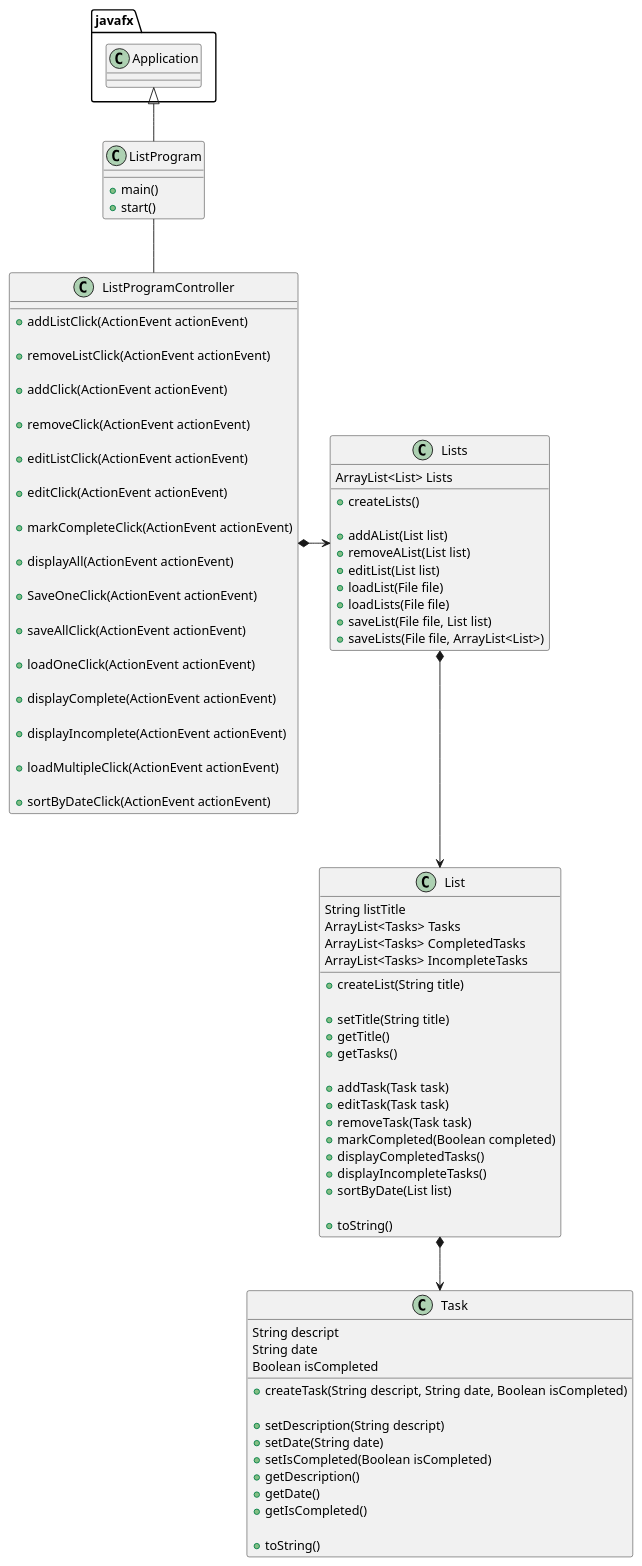
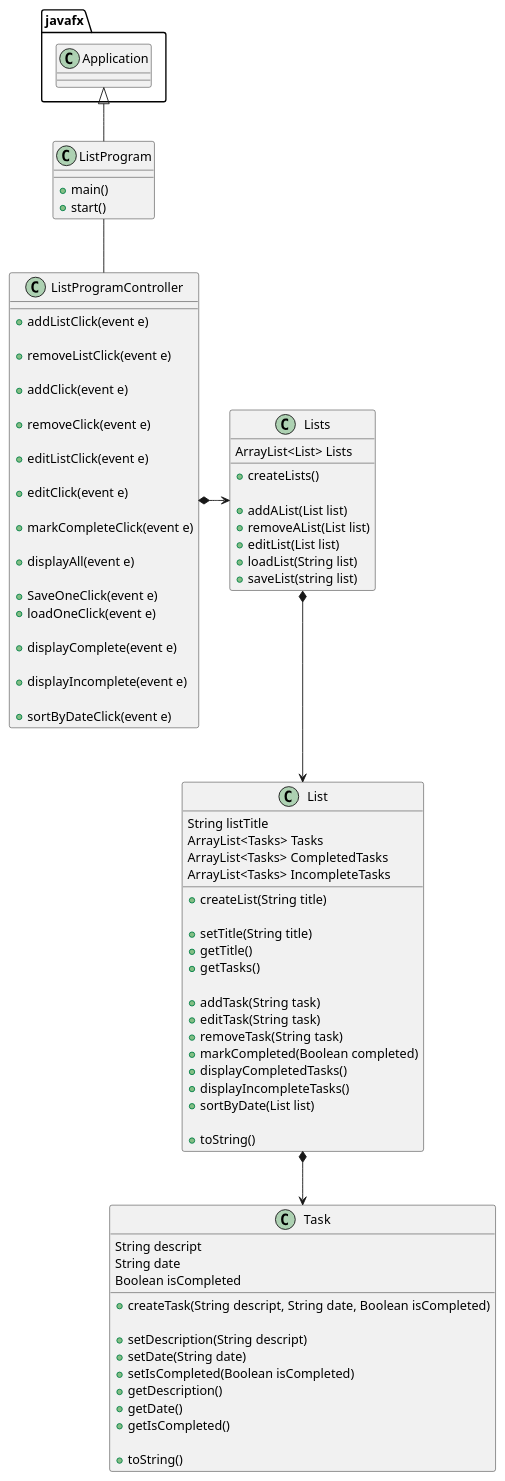
One commit to graciebliss/Bliss-cop3330-assignment4part2 changed the diagram in UML/diagram.puml. Above: the diagram before and after it, drawn with PlantUML. The commit also changed 7 other files, not shown here.

```diff
--- a/UML/diagram.puml
+++ b/UML/diagram.puml
@@ -1,118 +1,113 @@
 @startuml
 'https://plantuml.com/class-diagram
 
 class ListProgram {
 
  +   main()
  +   start()
 
 }
 
 class ListProgramController {
- +   addListClick(ActionEvent actionEvent)
+ +   addListClick(event e)
 
- +  removeListClick(ActionEvent actionEvent)
+ +  removeListClick(event e)
 
- +   addClick(ActionEvent actionEvent)
+ +   addClick(event e)
 
- +   removeClick(ActionEvent actionEvent)
+ +   removeClick(event e)
 
- +   editListClick(ActionEvent actionEvent)
+ +   editListClick(event e)
 
- +   editClick(ActionEvent actionEvent)
+ +   editClick(event e)
 
- +   markCompleteClick(ActionEvent actionEvent)
+ +   markCompleteClick(event e)
 
- +   displayAll(ActionEvent actionEvent)
+ +   displayAll(event e)
 
- +   SaveOneClick(ActionEvent actionEvent)
+ +   SaveOneClick(event e)
 
- +   saveAllClick(ActionEvent actionEvent)
 
- +   loadOneClick(ActionEvent actionEvent)
+ +   loadOneClick(event e)
 
- +   displayComplete(ActionEvent actionEvent)
+ +   displayComplete(event e)
 
- +   displayIncomplete(ActionEvent actionEvent)
+ +   displayIncomplete(event e)
 
- +   loadMultipleClick(ActionEvent actionEvent)
-
- +   sortByDateClick(ActionEvent actionEvent)
+ +   sortByDateClick(event e)
 
 
 }
 
 class Lists {
 
     ArrayList<List> Lists
 
   +  createLists()
 
   + addAList(List list)
   +  removeAList(List list)
   +  editList(List list)
-  +  loadList(File file)
-  +  loadLists(File file)
-  +  saveList(File file, List list)
-  +  saveLists(File file, ArrayList<List>)
+  +  loadList(String list)
+  +  saveList(string list)
 
 
 
 }
 
 class List {
 
     String listTitle
     ArrayList<Tasks> Tasks
     ArrayList<Tasks> CompletedTasks
     ArrayList<Tasks> IncompleteTasks
 
   +  createList(String title)
 
   +  setTitle(String title)
   +  getTitle()
   +  getTasks()
 
-  +  addTask(Task task)
-  +  editTask(Task task)
-  +  removeTask(Task task)
+  +  addTask(String task)
+  +  editTask(String task)
+  +  removeTask(String task)
   +  markCompleted(Boolean completed)
   +  displayCompletedTasks()
   +  displayIncompleteTasks()
   +  sortByDate(List list)
 
   +  toString()
 
 
 }
 
 class Task {
 
     String descript
     String date
     Boolean isCompleted
 
   +  createTask(String descript, String date, Boolean isCompleted)
 
   +  setDescription(String descript)
   +  setDate(String date)
   +  setIsCompleted(Boolean isCompleted)
   +  getDescription()
   +  getDate()
   +  getIsCompleted()
 
   +  toString()
 
 
 }
 
 
 
 javafx.Application <|-- ListProgram
 ListProgram -- ListProgramController
 ListProgramController *-> Lists
 Lists *--> List
 List *--> Task
 
 
 @enduml
```
